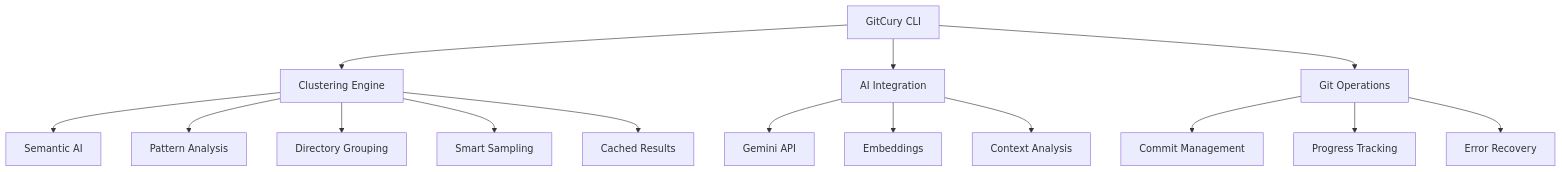
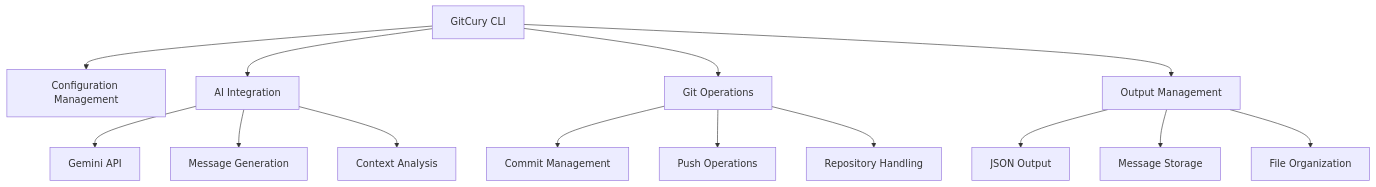
The first of 2 diagrams in README.md (divyansh1010x/GitCury), drawn with Mermaid before and after one commit. The commit also changed other lines of this file, not shown here.

````diff
--- a/README.md
+++ b/README.md
@@ -592,21 +539,19 @@
 ```mermaid
 graph TD
     A[GitCury CLI]
-    A --> B[Clustering Engine]
-    B --> E[Semantic AI]
-    B --> F[Pattern Analysis]
-    B --> G[Directory Grouping]
-    B --> H[Smart Sampling]
-    B --> I[Cached Results]
-    
+    A --> B[Configuration Management]
     A --> C[AI Integration]
     C --> J[Gemini API]
-    C --> K[Embeddings]
+    C --> K[Message Generation]
     C --> L[Context Analysis]
     
     A --> D[Git Operations]
     D --> M[Commit Management]
-    D --> N[Progress Tracking]
-    D --> O[Error Recovery]
-
+    D --> N[Push Operations]
+    D --> O[Repository Handling]
+    
+    A --> E[Output Management]
+    E --> P[JSON Output]
+    E --> Q[Message Storage]
+    E --> R[File Organization]
 ```
````
